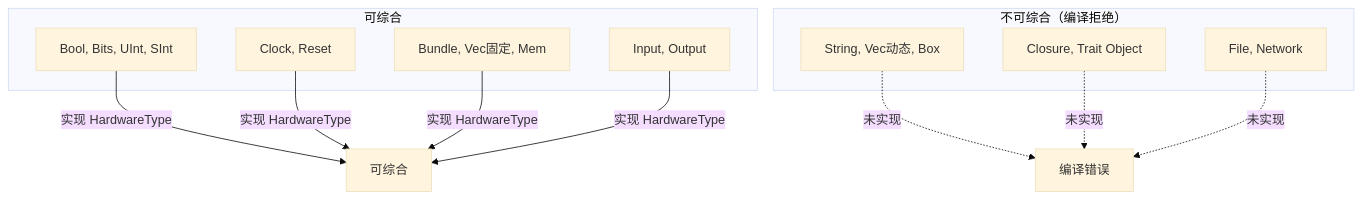
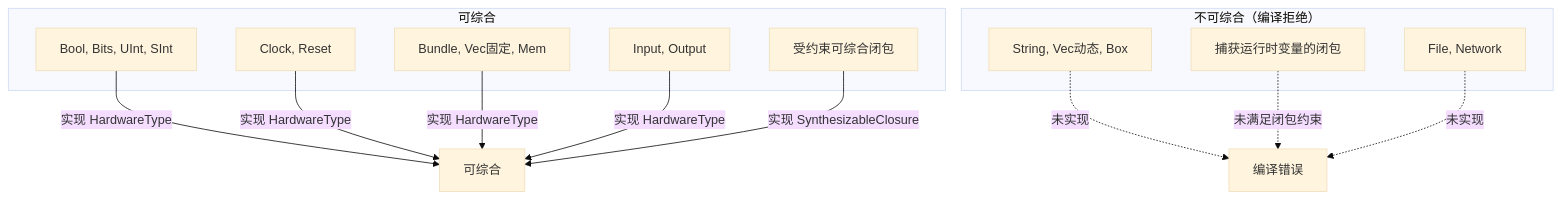
One commit to TangCan/bitloom changed diagram 17 of 18 in docs/requirements/5. 类型系统.md. Above: the diagram before and after it, drawn with Mermaid (base theme). The commit also changed other lines of this file and 17 other files, not shown here.

````diff
--- a/docs/requirements/5. 类型系统.md
+++ b/docs/requirements/5. 类型系统.md
@@ -328,22 +378,23 @@
 ```mermaid
 flowchart TB
     subgraph 可综合
         A[Bool, Bits, UInt, SInt]
         B[Clock, Reset]
         C[Bundle, Vec固定, Mem]
         D[Input, Output]
+        E[受约束可综合闭包]
     end
     subgraph "不可综合（编译拒绝）"
-        E[String, Vec动态, Box]
-        F[Closure, Trait Object]
-        G[File, Network]
+        F[String, Vec动态, Box]
+        G[捕获运行时变量的闭包]
+        H[File, Network]
     end
     A -->|实现 HardwareType| OK[可综合]
     B -->|实现 HardwareType| OK
     C -->|实现 HardwareType| OK
     D -->|实现 HardwareType| OK
-    E -.->|未实现| Reject[编译错误]
-    F -.->|未实现| Reject
-    G -.->|未实现| Reject
-
+    E -->|实现 SynthesizableClosure| OK
+    F -.->|未实现| Reject[编译错误]
+    G -.->|未满足闭包约束| Reject
+    H -.->|未实现| Reject
 ```
````
